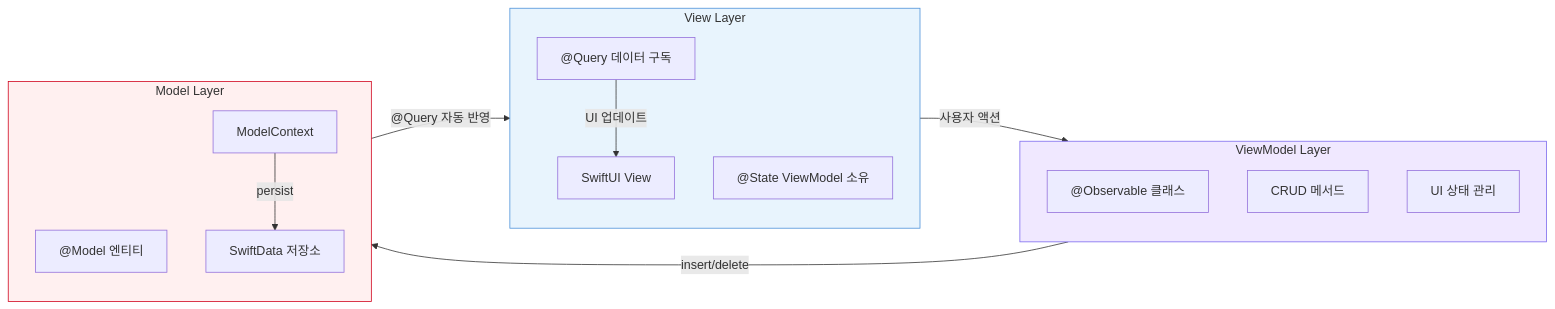
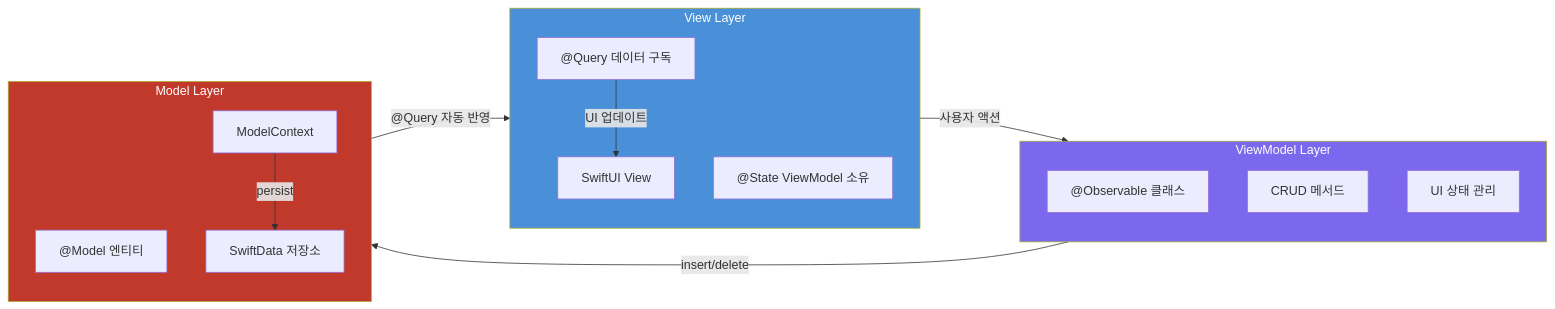
The second of 8 diagrams in README.md (ParkSY0919/BreadStamp), drawn with Mermaid before and after one commit. The commit also changed other lines of this file and 14 other files, not shown here.

````diff
--- a/README.md
+++ b/README.md
@@ -107,33 +109,33 @@
 ```mermaid
 flowchart LR
     subgraph View["View Layer"]
         direction TB
         V1[SwiftUI View]
         V2["@Query 데이터 구독"]
         V3["@State ViewModel 소유"]
     end
 
     subgraph VM["ViewModel Layer"]
         direction TB
         VM1["@Observable 클래스"]
         VM2["CRUD 메서드"]
         VM3["UI 상태 관리"]
     end
 
     subgraph Model["Model Layer"]
         direction TB
         M1["@Model 엔티티"]
         M2["ModelContext"]
         M3["SwiftData 저장소"]
     end
 
     V1 -->|"사용자 액션"| VM1
     VM2 -->|"insert/delete"| M2
     M2 -->|"persist"| M3
     M3 -->|"@Query 자동 반영"| V2
     V2 -->|"UI 업데이트"| V1
 
-    style View fill:#E8F4FD,stroke:#4A90D9
-    style VM fill:#F0E8FF,stroke:#7B68EE
-    style Model fill:#FFF0F0,stroke:#D0021B
+    style View fill:#4A90D9,color:#fff
+    style VM fill:#7B68EE,color:#fff
+    style Model fill:#C0392B,color:#fff
 ```
````
